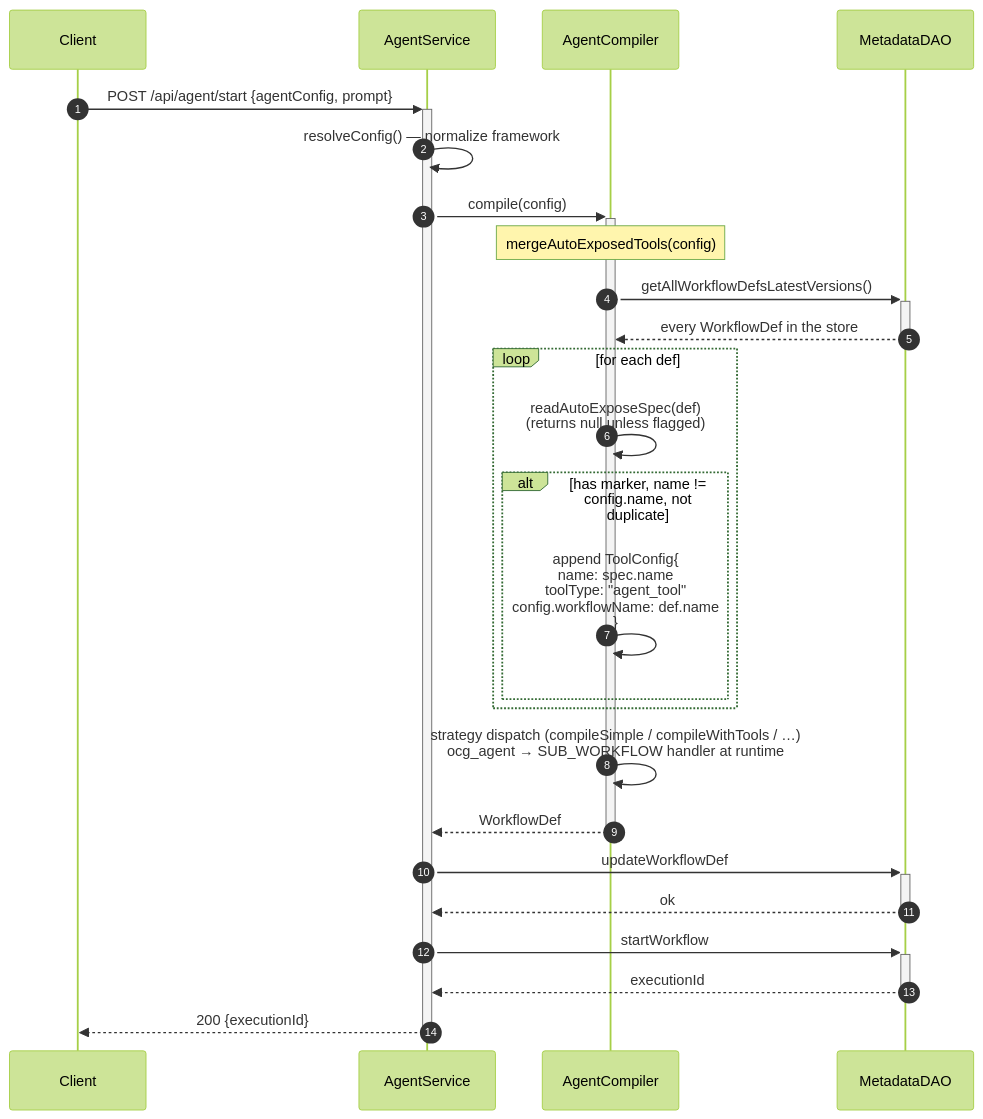
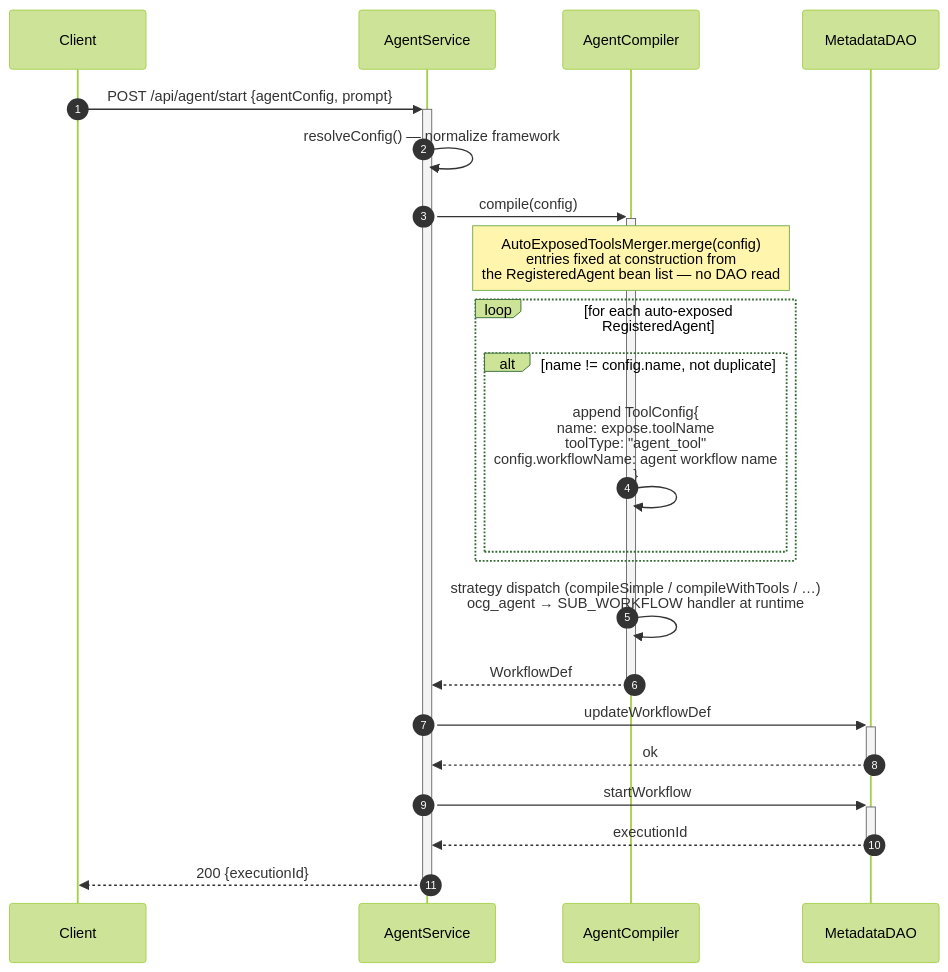
Before and after one commit to cakriwut/agentspan: the third of 4 diagrams in docs/ocg-agent-flow.md, drawn with Mermaid (forest theme). The commit also changed other lines of this file and 7 other files, not shown here.

````diff
--- a/docs/ocg-agent-flow.md
+++ b/docs/ocg-agent-flow.md
@@ -176,30 +181,27 @@
 ```mermaid
 sequenceDiagram
     autonumber
     participant U as Client
     participant AS as AgentService
     participant AC as AgentCompiler
     participant DAO as MetadataDAO
 
     U->>+AS: POST /api/agent/start {agentConfig, prompt}
     AS->>AS: resolveConfig() — normalize framework
     AS->>+AC: compile(config)
 
-    Note over AC: mergeAutoExposedTools(config)
-    AC->>+DAO: getAllWorkflowDefsLatestVersions()
-    DAO-->>-AC: every WorkflowDef in the store
-    loop for each def
-        AC->>AC: readAutoExposeSpec(def)<br/>(returns null unless flagged)
-        alt has marker, name != config.name, not duplicate
-            AC->>AC: append ToolConfig{<br/>  name: spec.name<br/>  toolType: "agent_tool"<br/>  config.workflowName: def.name<br/>}
+    Note over AC: AutoExposedToolsMerger.merge(config)<br/>entries fixed at construction from<br/>the RegisteredAgent bean list — no DAO read
+    loop for each auto-exposed RegisteredAgent
+        alt name != config.name, not duplicate
+            AC->>AC: append ToolConfig{<br/>  name: expose.toolName<br/>  toolType: "agent_tool"<br/>  config.workflowName: agent workflow name<br/>}
         end
     end
 
     AC->>AC: strategy dispatch (compileSimple / compileWithTools / …)<br/>ocg_agent → SUB_WORKFLOW handler at runtime
     AC-->>-AS: WorkflowDef
     AS->>+DAO: updateWorkflowDef
     DAO-->>-AS: ok
     AS->>+DAO: startWorkflow
     DAO-->>-AS: executionId
     AS-->>-U: 200 {executionId}
 ```
````
